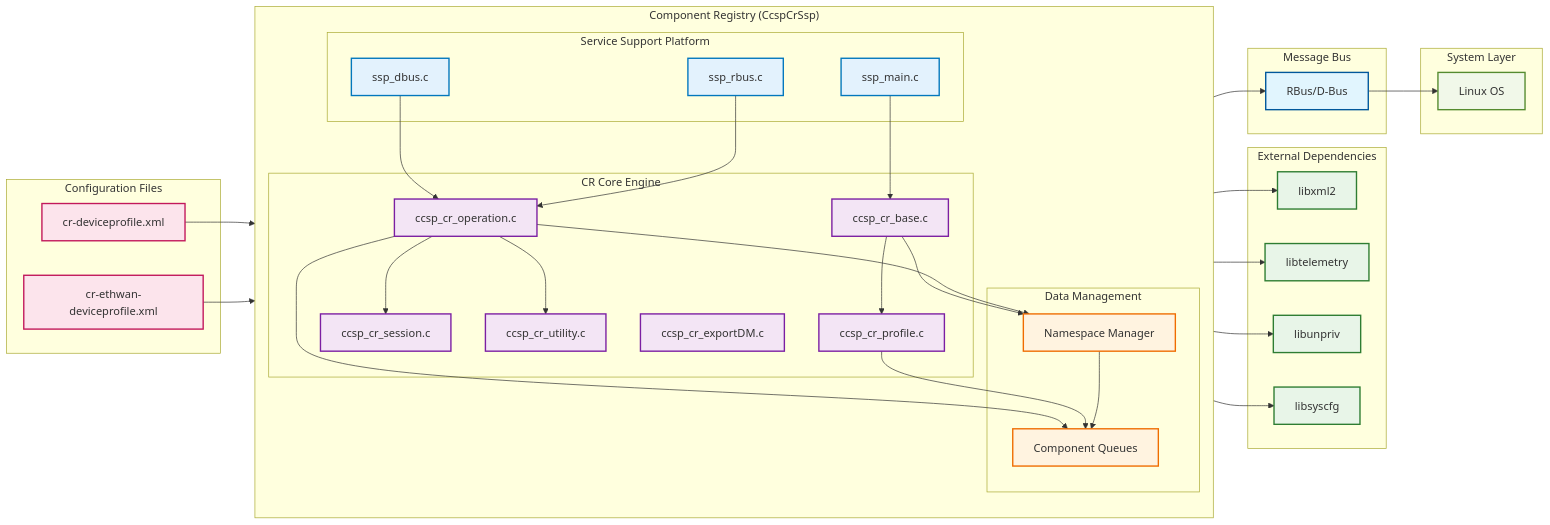
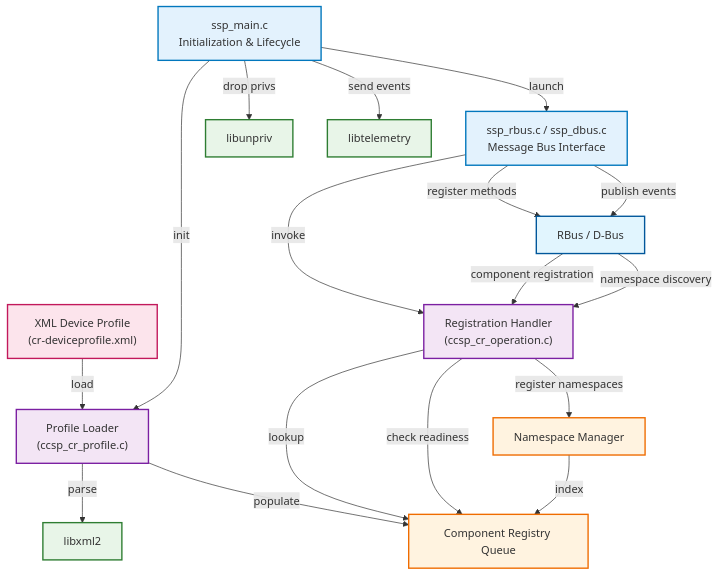
One commit to rns21/RDK_Documentation changed the second of 8 diagrams in docs/docu/dec17/component-registry-documentation-mar16.md. Above: the diagram before and after it, drawn with Mermaid. The commit also changed other lines of this file, not shown here.

````diff
--- a/docs/docu/dec17/component-registry-documentation-mar16.md
+++ b/docs/docu/dec17/component-registry-documentation-mar16.md
@@ -83,85 +90,53 @@
 ```mermaid
-graph LR
-    subgraph ExtDeps ["External Dependencies"]
-        XML["libxml2"]
-        TELEMETRY["libtelemetry"]
-        PRIVDROP["libunpriv"]
-        SYSCFG["libsyscfg"]
-    end
+graph TB
+    Config["XML Device Profile<br/>(cr-deviceprofile.xml)"] 
     
-    subgraph Config ["Configuration Files"]
-        DEVPROF["cr-deviceprofile.xml"]
-        ETHPROF["cr-ethwan-deviceprofile.xml"]
-    end
+    ssp_main["ssp_main.c<br/>Initialization & Lifecycle"]
+    ssp_ipc["ssp_rbus.c / ssp_dbus.c<br/>Message Bus Interface"]
     
-    subgraph CRComponent ["Component Registry (CcspCrSsp)"]
-        direction TB
-        
-        subgraph SSP ["Service Support Platform"]
-            SSPMAIN["ssp_main.c"]
-            SSPDBUS["ssp_dbus.c"]
-            SSPRBUS["ssp_rbus.c"]
-        end
-        
-        subgraph CRCore ["CR Core Engine"]
-            CRBASE["ccsp_cr_base.c"]
-            CROPER["ccsp_cr_operation.c"]
-            CRPROF["ccsp_cr_profile.c"]
-            CRSESS["ccsp_cr_session.c"]
-            CRUTIL["ccsp_cr_utility.c"]
-            CREXPORT["ccsp_cr_exportDM.c"]
-        end
-        
-        subgraph DataMgmt ["Data Management"]
-            NSMGR["Namespace Manager"]
-            COMPQ["Component Queues"]
-        end
-        
-        SSPMAIN --> CRBASE
-        SSPDBUS --> CROPER
-        SSPRBUS --> CROPER
-        
-        CRBASE --> CRPROF
-        CRBASE --> NSMGR
-        CROPER --> NSMGR
-        CROPER --> CRSESS
-        CROPER --> CRUTIL
-        CROPER --> COMPQ
-        CRPROF --> COMPQ
-        NSMGR --> COMPQ
-    end
+    ProfileLoader["Profile Loader<br/>(ccsp_cr_profile.c)"]
+    RegHandler["Registration Handler<br/>(ccsp_cr_operation.c)"]
+    NamespaceMgr["Namespace Manager"]
+    ComponentQueue["Component Registry Queue"]
     
-    subgraph MessageBus ["Message Bus"]
-        BUS["RBus/D-Bus"]
-    end
+    libxml2["libxml2"]
+    libunpriv["libunpriv"]
+    libtelemetry["libtelemetry"]
+    rbus_dbus["RBus / D-Bus"]
     
-    subgraph SystemLayer ["System Layer"]
-        LINUX["Linux OS"]
-    end
+    Config -->|load| ProfileLoader
+    ProfileLoader -->|parse| libxml2
+    ProfileLoader -->|populate| ComponentQueue
     
-    DEVPROF --> CRPROF
-    ETHPROF --> CRPROF
-    CRPROF --> XML
-    SSPMAIN --> TELEMETRY
-    SSPMAIN --> PRIVDROP
-    SSPMAIN --> SYSCFG
+    ssp_main -->|init| ProfileLoader
+    ssp_main -->|drop privs| libunpriv
+    ssp_main -->|send events| libtelemetry
+    ssp_main -->|launch| ssp_ipc
     
-    SSP --> BUS
-    BUS --> LINUX
+    ssp_ipc -->|register methods| rbus_dbus
+    ssp_ipc -->|invoke| RegHandler
+    ssp_ipc -->|publish events| rbus_dbus
     
-    classDef external fill:#e8f5e8,stroke:#2e7d32,stroke-width:2px
+    RegHandler -->|lookup| ComponentQueue
+    RegHandler -->|register namespaces| NamespaceMgr
+    RegHandler -->|check readiness| ComponentQueue
+    
+    NamespaceMgr -->|index| ComponentQueue
+    
+    rbus_dbus -->|component registration| RegHandler
+    rbus_dbus -->|namespace discovery| RegHandler
+    
     classDef config fill:#fce4ec,stroke:#c2185b,stroke-width:2px
     classDef ssp fill:#e3f2fd,stroke:#0277bd,stroke-width:2px
     classDef core fill:#f3e5f5,stroke:#7b1fa2,stroke-width:2px
     classDef data fill:#fff3e0,stroke:#ef6c00,stroke-width:2px
+    classDef external fill:#e8f5e8,stroke:#2e7d32,stroke-width:2px
     classDef bus fill:#e1f5fe,stroke:#01579b,stroke-width:2px
-    classDef system fill:#f1f8e9,stroke:#558b2f,stroke-width:2px
     
-    class XML,TELEMETRY,PRIVDROP,SYSCFG external
-    class DEVPROF,ETHPROF config
-    class SSPMAIN,SSPDBUS,SSPRBUS ssp
-    class CRBASE,CROPER,CRPROF,CRSESS,CRUTIL,CREXPORT core
-    class NSMGR,COMPQ data
-    class BUS bus
-    class LINUX system
+    class Config config
+    class ssp_main,ssp_ipc ssp
+    class ProfileLoader,RegHandler core
+    class NamespaceMgr,ComponentQueue data
+    class libxml2,libunpriv,libtelemetry external
+    class rbus_dbus bus
 ```
````
